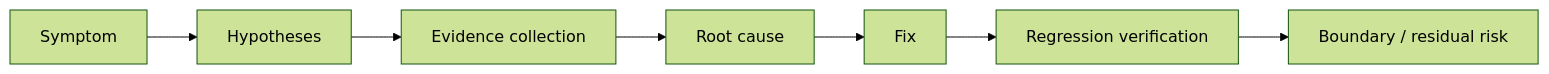
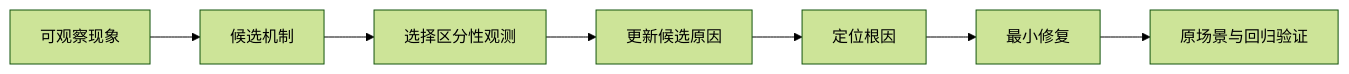
The second of 2 diagrams in docs/teaching/part5_synthesis/week16_final_review.md (HanekawaTsubasa0/course-vllm), drawn with Mermaid (forest theme) before and after one commit. The commit also changed other lines of this file and 7 other files, not shown here.

````diff
--- a/docs/teaching/part5_synthesis/week16_final_review.md
+++ b/docs/teaching/part5_synthesis/week16_final_review.md
@@ -329,9 +248,9 @@
 ```mermaid
 flowchart LR
-    S["Symptom"] --> H["Hypotheses"]
-    H --> E["Evidence collection"]
-    E --> R["Root cause"]
-    R --> F["Fix"]
-    F --> V["Regression verification"]
-    V --> B["Boundary / residual risk"]
+    A["可观察现象"] --> B["候选机制"]
+    B --> C["选择区分性观测"]
+    C --> D["更新候选原因"]
+    D --> E["定位根因"]
+    E --> F["最小修复"]
+    F --> G["原场景与回归验证"]
 ```
````
